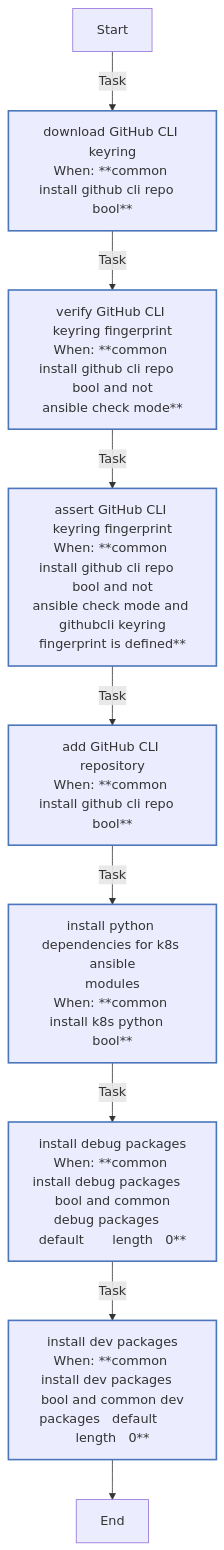
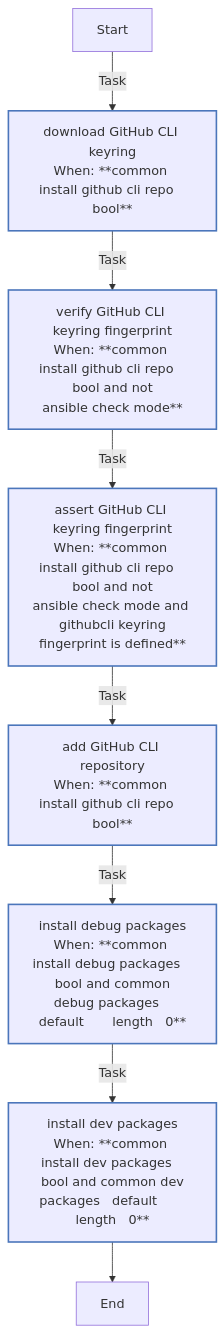
The second of 8 diagrams in roles/common/README.md (rou-cru/k3s-homelab), drawn with Mermaid before and after one commit. The commit also changed other lines of this file and 16 other files, not shown here.

````diff
--- a/roles/common/README.md
+++ b/roles/common/README.md
@@ -514,21 +522,20 @@
 ```mermaid
 flowchart TD
 Start
 classDef block stroke:#3498db,stroke-width:2px;
 classDef task stroke:#4b76bb,stroke-width:2px;
 classDef includeTasks stroke:#16a085,stroke-width:2px;
 classDef importTasks stroke:#34495e,stroke-width:2px;
 classDef includeRole stroke:#2980b9,stroke-width:2px;
 classDef importRole stroke:#699ba7,stroke-width:2px;
 classDef includeVars stroke:#8e44ad,stroke-width:2px;
 classDef rescue stroke:#665352,stroke-width:2px;
 
   Start-->|Task| Download_GitHub_CLI_keyring0[download GitHub CLI keyring<br>When: **common install github cli repo   bool**]:::task
   Download_GitHub_CLI_keyring0-->|Task| Verify_GitHub_CLI_keyring_fingerprint1[verify GitHub CLI keyring fingerprint<br>When: **common install github cli repo   bool and not<br>ansible check mode**]:::task
   Verify_GitHub_CLI_keyring_fingerprint1-->|Task| Assert_GitHub_CLI_keyring_fingerprint2[assert GitHub CLI keyring fingerprint<br>When: **common install github cli repo   bool and not<br>ansible check mode and githubcli keyring<br>fingerprint is defined**]:::task
   Assert_GitHub_CLI_keyring_fingerprint2-->|Task| Add_GitHub_CLI_repository3[add GitHub CLI repository<br>When: **common install github cli repo   bool**]:::task
-  Add_GitHub_CLI_repository3-->|Task| Install_Python_dependencies_for_K8s_Ansible_modules4[install python dependencies for k8s ansible<br>modules<br>When: **common install k8s python   bool**]:::task
-  Install_Python_dependencies_for_K8s_Ansible_modules4-->|Task| Install_debug_packages5[install debug packages<br>When: **common install debug packages   bool and common<br>debug packages   default       length   0**]:::task
-  Install_debug_packages5-->|Task| Install_dev_packages6[install dev packages<br>When: **common install dev packages   bool and common dev<br>packages   default       length   0**]:::task
-  Install_dev_packages6-->End
+  Add_GitHub_CLI_repository3-->|Task| Install_debug_packages4[install debug packages<br>When: **common install debug packages   bool and common<br>debug packages   default       length   0**]:::task
+  Install_debug_packages4-->|Task| Install_dev_packages5[install dev packages<br>When: **common install dev packages   bool and common dev<br>packages   default       length   0**]:::task
+  Install_dev_packages5-->End
 ```
````
